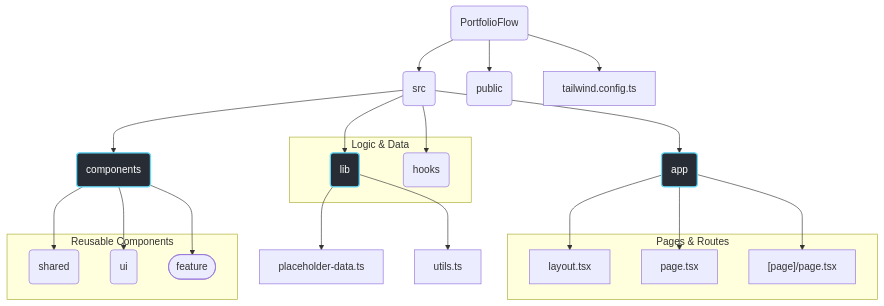
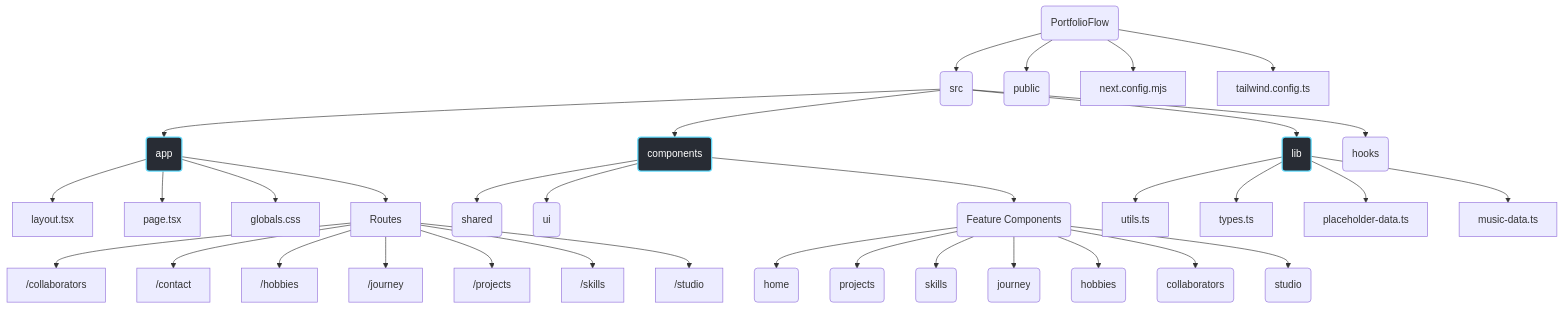
Before and after one commit to saidulalimallick04/portfolio-flow-studio: the diagram in README.md, drawn with Mermaid. The commit also changed other lines of this file, not shown here.

````diff
--- a/README.md
+++ b/README.md
@@ -34,34 +36,44 @@
 ```mermaid
 graph TD
     A(PortfolioFlow) --> B(src);
     B --> C(app);
-    C --> D["layout.tsx"];
-    C --> E["page.tsx"];
-    C --> F["[page]/page.tsx"];
-    B --> G(components);
-    G --> H(shared);
-    G --> I(ui);
-    G --> J([feature]);
-    B --> K(lib);
-    K --> L["placeholder-data.ts"];
-    K --> M["utils.ts"];
-    B --> N(hooks);
-    A --> O(public);
-    A --> P["tailwind.config.ts"];
+    C --> C1["layout.tsx"];
+    C --> C2["page.tsx"];
+    C --> C3["globals.css"];
+    C --> C4[Routes];
+    C4 --> C4a["/collaborators"];
+    C4 --> C4b["/contact"];
+    C4 --> C4c["/hobbies"];
+    C4 --> C4d["/journey"];
+    C4 --> C4e["/projects"];
+    C4 --> C4f["/skills"];
+    C4 --> C4g["/studio"];
 
-    subgraph Pages & Routes
-        D & E & F
-    end
+    B --> D(components);
+    D --> D1(shared);
+    D --> D2(ui);
+    D --> D3(Feature Components);
+    D3 --> D3a(home);
+    D3 --> D3b(projects);
+    D3 --> D3c(skills);
+    D3 --> D3d(journey);
+    D3 --> D3e(hobbies);
+    D3 --> D3f(collaborators);
+    D3 --> D3g(studio);
 
-    subgraph Reusable Components
-        H & I & J
-    end
+    B --> E(lib);
+    E --> E1["utils.ts"];
+    E --> E2["types.ts"];
+    E --> E3["placeholder-data.ts"];
+    E --> E4["music-data.ts"];
 
-    subgraph Logic & Data
-        K & N
-    end
+    B --> F(hooks);
+
+    A --> G(public);
+    A --> H["next.config.mjs"];
+    A --> I["tailwind.config.ts"];
 
     style C fill:#282C34,stroke:#61DAFB,stroke-width:2px,color:#fff
-    style G fill:#282C34,stroke:#61DAFB,stroke-width:2px,color:#fff
-    style K fill:#282C34,stroke:#61DAFB,stroke-width:2px,color:#fff
+    style D fill:#282C34,stroke:#61DAFB,stroke-width:2px,color:#fff
+    style E fill:#282C34,stroke:#61DAFB,stroke-width:2px,color:#fff
 ```
````
